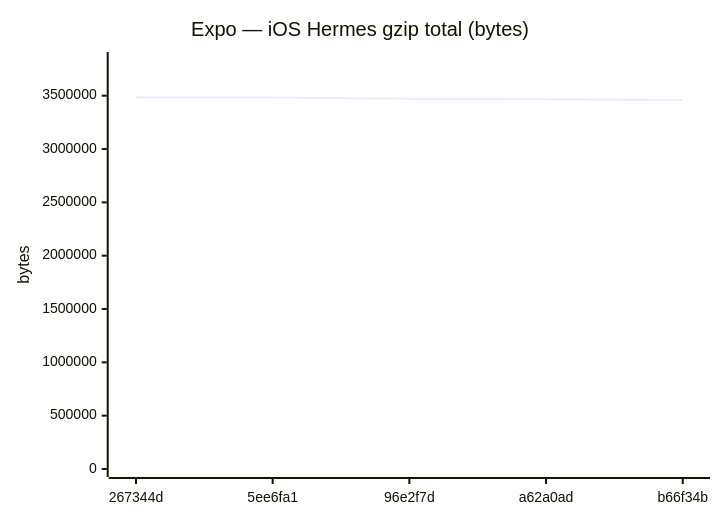
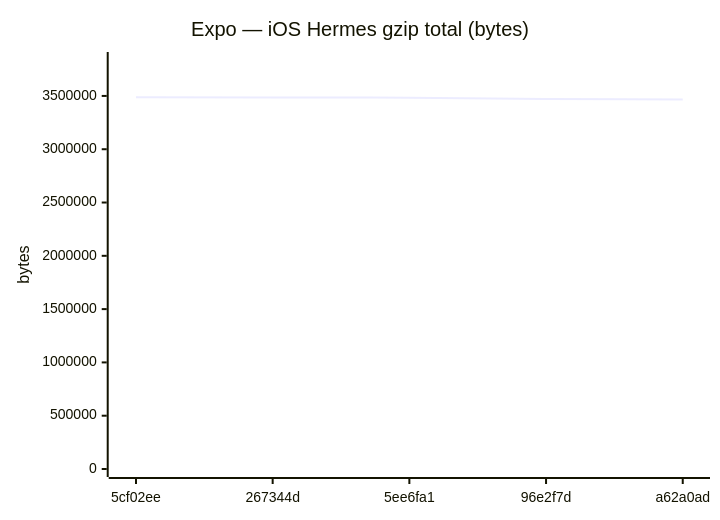
Diagram 12 of 18 in benchmarks/compare.md (Metaheurist/Rianell), drawn with Mermaid before and after one commit. The commit also changed other lines of this file and 11 other files, not shown here.

````diff
--- a/benchmarks/compare.md
+++ b/benchmarks/compare.md
@@ -179,7 +179,7 @@
 ```mermaid
 xychart-beta
     title "Expo — iOS Hermes gzip total (bytes)"
-    x-axis ["267344d", "5ee6fa1", "96e2f7d", "a62a0ad", "b66f34b"]
-    y-axis "bytes" 0 --> 3834851
-    line [3486228, 3483393, 3471867, 3466755, 3460455]
+    x-axis ["5cf02ee", "267344d", "5ee6fa1", "96e2f7d", "a62a0ad"]
+    y-axis "bytes" 0 --> 3837082
+    line [3488256, 3486228, 3483393, 3471867, 3466755]
 ```
````
